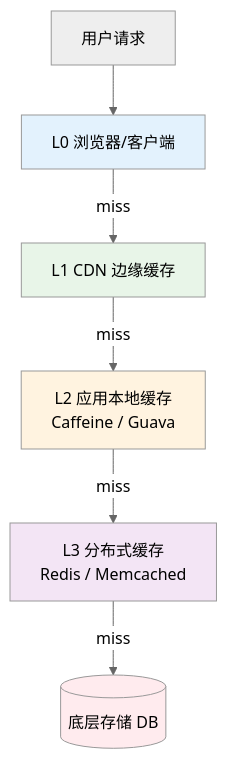
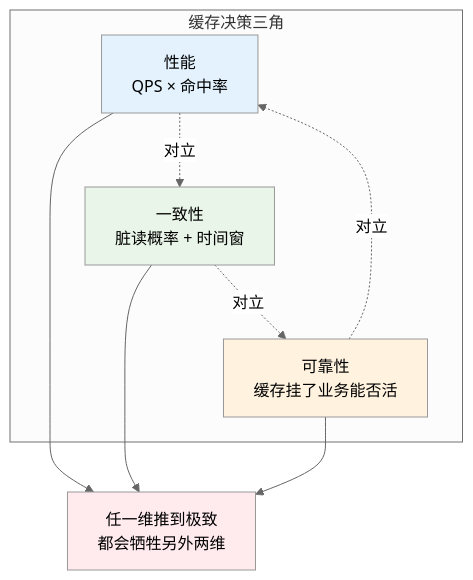
The first of 18 diagrams in docs/10.真经/05.方案设计思想/04.缓存架构设计思想.md (chongyang211/YCBookBlog), drawn with Mermaid (neutral theme) before and after one commit. The commit also changed other lines of this file and 36 other files, not shown here.

````diff
--- a/docs/10.真经/05.方案设计思想/04.缓存架构设计思想.md
+++ b/docs/10.真经/05.方案设计思想/04.缓存架构设计思想.md
@@ -164,14 +150,22 @@
 ```mermaid
 graph TB
-    User[用户请求] --> Browser[L0 浏览器/客户端]
-    Browser -->|miss| CDN[L1 CDN 边缘缓存]
-    CDN -->|miss| Local[L2 应用本地缓存<br/>Caffeine / Guava]
-    Local -->|miss| Distributed[L3 分布式缓存<br/>Redis / Memcached]
-    Distributed -->|miss| DB[(底层存储 DB)]
+    subgraph "缓存决策三角"
+        P[性能<br/>QPS × 命中率]
+        C[一致性<br/>脏读概率 + 时间窗]
+        R[可靠性<br/>缓存挂了业务能否活]
+    end
     
-    style Browser fill:#e3f2fd
-    style CDN fill:#e8f5e8
-    style Local fill:#fff3e0
-    style Distributed fill:#f3e5f5
-    style DB fill:#ffebee
+    P -.对立.-> C
+    C -.对立.-> R
+    R -.对立.-> P
+    
+    Trade[任一维推到极致<br/>都会牺牲另外两维]
+    P --> Trade
+    C --> Trade
+    R --> Trade
+    
+    style P fill:#e3f2fd
+    style C fill:#e8f5e8
+    style R fill:#fff3e0
+    style Trade fill:#ffebee
 ```
````
